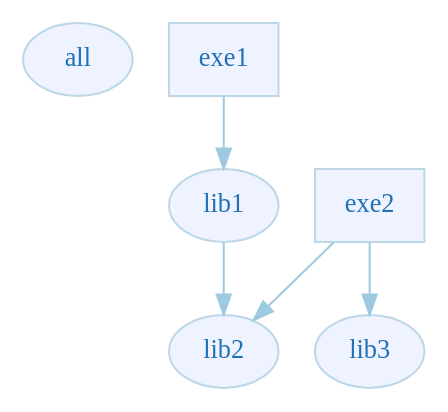
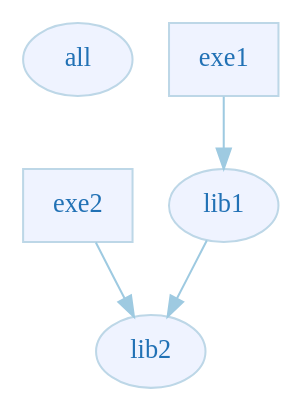
Before and after one commit to claremacrae/project_dependencies_viz: the diagram in all.dot, drawn with Graphviz. The commit also changed 22 other files, not shown here.

```diff
--- a/all.dot
+++ b/all.dot
@@ -1,34 +1,32 @@
 digraph G {
     fontname="sans-serif";
     penwidth="0.1";
     edge [comment="Wildcard edge", 
           fontname="sans-serif", 
           fontsize=10, 
           colorscheme="blues3", 
           color=2, 
           fontcolor=3];
     node [fontname="serif", 
           fontsize=13, 
           fillcolor="1", 
           colorscheme="blues4", 
           color="2", 
           fontcolor="4", 
           style="filled"];
     subgraph "contents" {
         rankdir="LR";
         style="solid";
         margin="0.5";
         edge [comment="subgraph edge wildcard"];
         node [comment="subgraph node wildcard"];
         "all" [URL="all.svg"];
     }
     "lib1" [URL="lib1-uses.svg"];
     "lib2" [URL="lib2-uses.svg"];
-    "lib3" [URL="lib3-uses.svg"];
     "lib1" -> "lib2";
     "exe1" [shape="box" URL="exe1-uses.svg"];
     "exe2" [shape="box" URL="exe2-uses.svg"];
     "exe1" -> "lib1";
     "exe2" -> "lib2";
-    "exe2" -> "lib3";
 }
```
